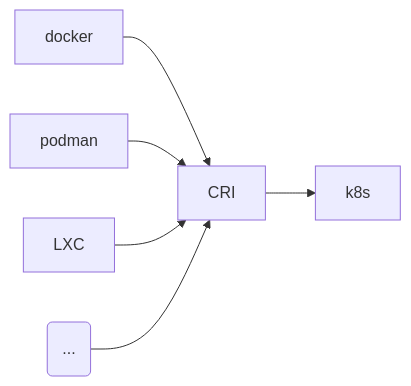
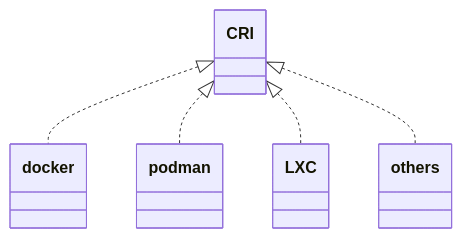
The diagram in source/_posts/读书/自己动手写Docker.md (fightinggg/hexo-blog), drawn with Mermaid before and after one commit. The commit also changed 4 other files, not shown here.

````diff
--- a/source/_posts/读书/自己动手写Docker.md
+++ b/source/_posts/读书/自己动手写Docker.md
@@ -1265,9 +1265,7 @@
 ```mermaid
-graph LR;
-    docker-->CRI;
-    podman-->CRI;
-    LXC-->CRI;
-    1(...)-->CRI;
-    CRI-->k8s;
-    
+classDiagram
+  CRI <|.. docker
+  CRI <|.. podman
+  CRI <|.. LXC
+  CRI <|.. others
 ```
````
